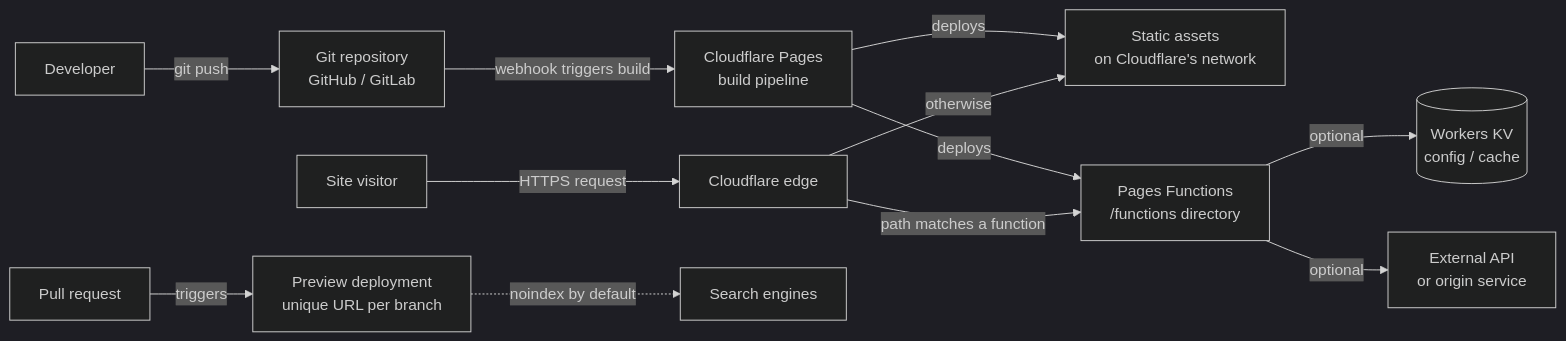
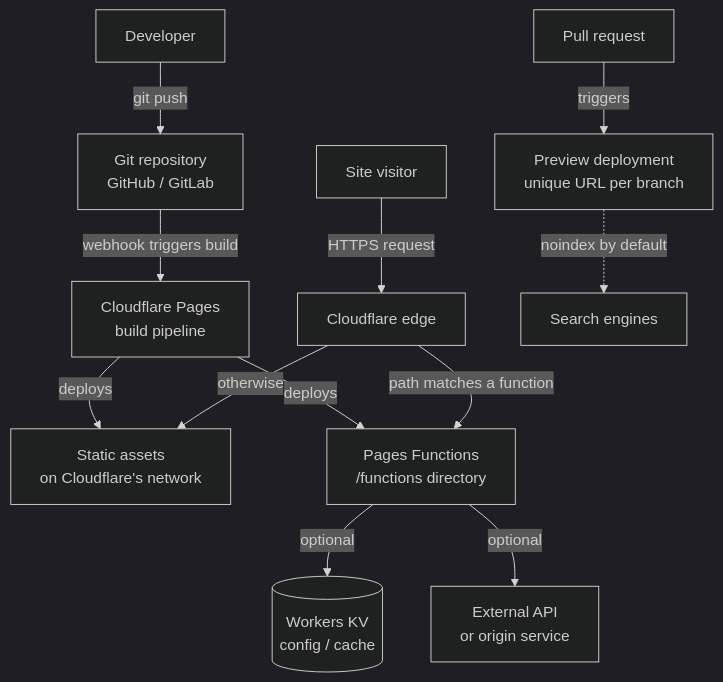
Before and after one commit to kevinevans1/cloudflare-well-architected: the diagram in docs/workloads/static-sites.md, drawn with Mermaid (dark theme). The commit also changed 1 other file, not shown here.

Commit message:
Switch widest diagrams to vertical layout to prevent clipping in GitHub's blob-view diagram widget

````diff
--- a/docs/workloads/static-sites.md
+++ b/docs/workloads/static-sites.md
@@ -15,16 +15,16 @@
 ```mermaid
-flowchart LR
+flowchart TD
     Dev[Developer] -->|git push| Repo[Git repository\nGitHub / GitLab]
     Repo -->|webhook triggers build| Build[Cloudflare Pages\nbuild pipeline]
     Build -->|deploys| Static[Static assets\non Cloudflare's network]
     Build -->|deploys| Fn[Pages Functions\n/functions directory]
 
     User[Site visitor] -->|HTTPS request| Edge[Cloudflare edge]
     Edge -->|path matches a function| Fn
     Edge -->|otherwise| Static
     Fn -->|optional| KV[(Workers KV\nconfig / cache)]
     Fn -->|optional| API[External API\nor origin service]
 
     PR[Pull request] -->|triggers| Preview[Preview deployment\nunique URL per branch]
     Preview -.->|noindex by default| SEO[Search engines]
 ```
````
